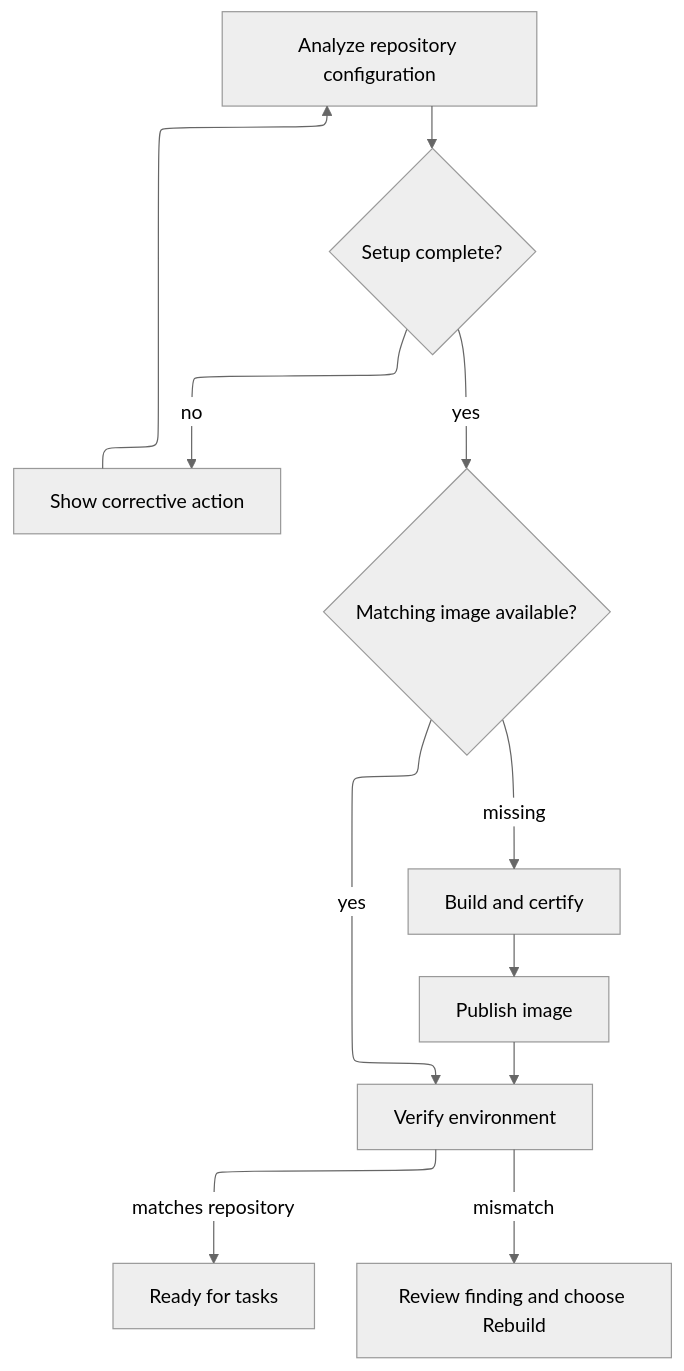
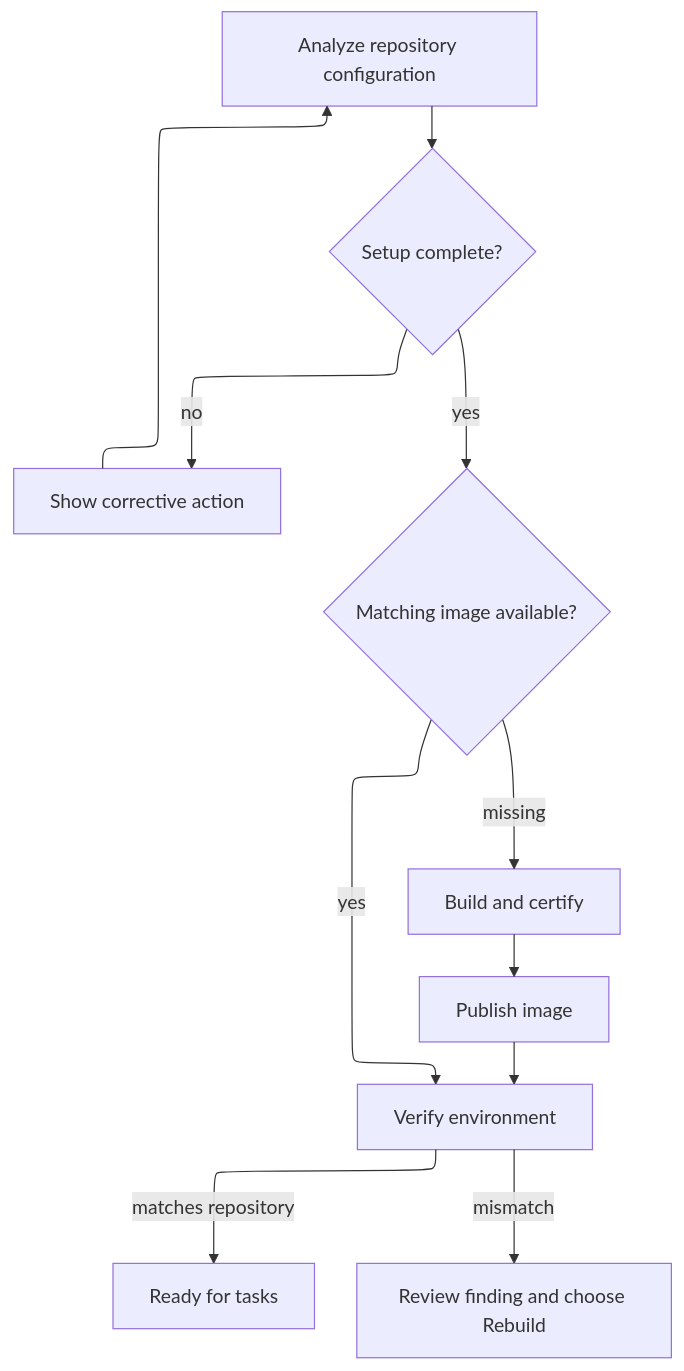
Before and after one commit to ayni-oss/orchestrator: the diagram in docs/site/repositories-and-runtimes.md, drawn with Mermaid. The commit also changed 9 other files, not shown here.

First line of the commit message:
fix(docs): align navigation and inherit diagram color mode

````diff
--- a/docs/site/repositories-and-runtimes.md
+++ b/docs/site/repositories-and-runtimes.md
@@ -23,19 +23,18 @@
 ```mermaid
 ---
 config:
-  theme: neutral
   look: classic
   layout: elk
 ---
 flowchart TD
     A[Analyze repository configuration] --> S{Setup complete?}
     S -- no --> F[Show corrective action]
     F --> A
     S -- yes --> I{Matching image available?}
     I -- missing --> B[Build and certify]
     B --> P[Publish image]
     P --> V[Verify environment]
     I -- yes --> V
     V -- matches repository --> R[Ready for tasks]
     V -- mismatch --> X[Review finding and choose Rebuild]
 ```
````
